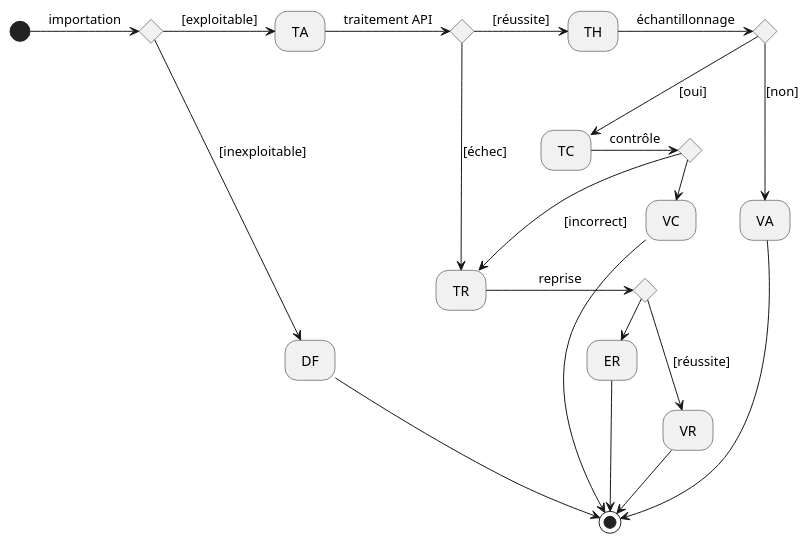
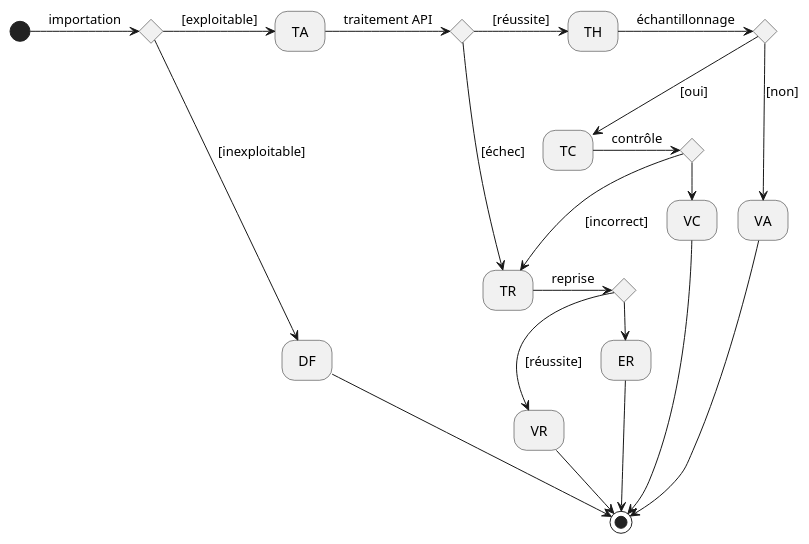
Before and after one commit to itsame-mcl/PSyCoQuAC: the diagram in uml/diag_etat_FA.puml, drawn with PlantUML.

Commit message:
Modification diagramme etat FA

```diff
--- a/uml/diag_etat_FA.puml
+++ b/uml/diag_etat_FA.puml
@@ -1,29 +1,29 @@
-@startuml "uml_etat"
+@startuml
 hide empty description
 state imp <<choice>>
 state api <<choice>>
 state ech <<choice>>
 state ctr <<choice>>
 state rep <<choice>>
 
 [*] -> imp : importation
 imp -> TA : [exploitable]
 imp --> DF : [inexploitable]
 TA -> api : traitement API
 api -> TH : [réussite]
 TH -> ech : échantillonnage
 api --> TR : [échec]
 ech --> VA : [non]
 ech --> TC : [oui]
 TC -> ctr : contrôle
-ctr -> VC : [correct]
 ctr --> TR : [incorrect]
 TR -> rep : reprise
 rep --> VR : [réussite]
 rep -> ER : [échec]
+ctr -> VC : [correct]
+VC --> [*]
 VA --> [*]
 VR --> [*]
 ER --> [*]
-VC --> [*]
 DF --> [*]
 @enduml
```
